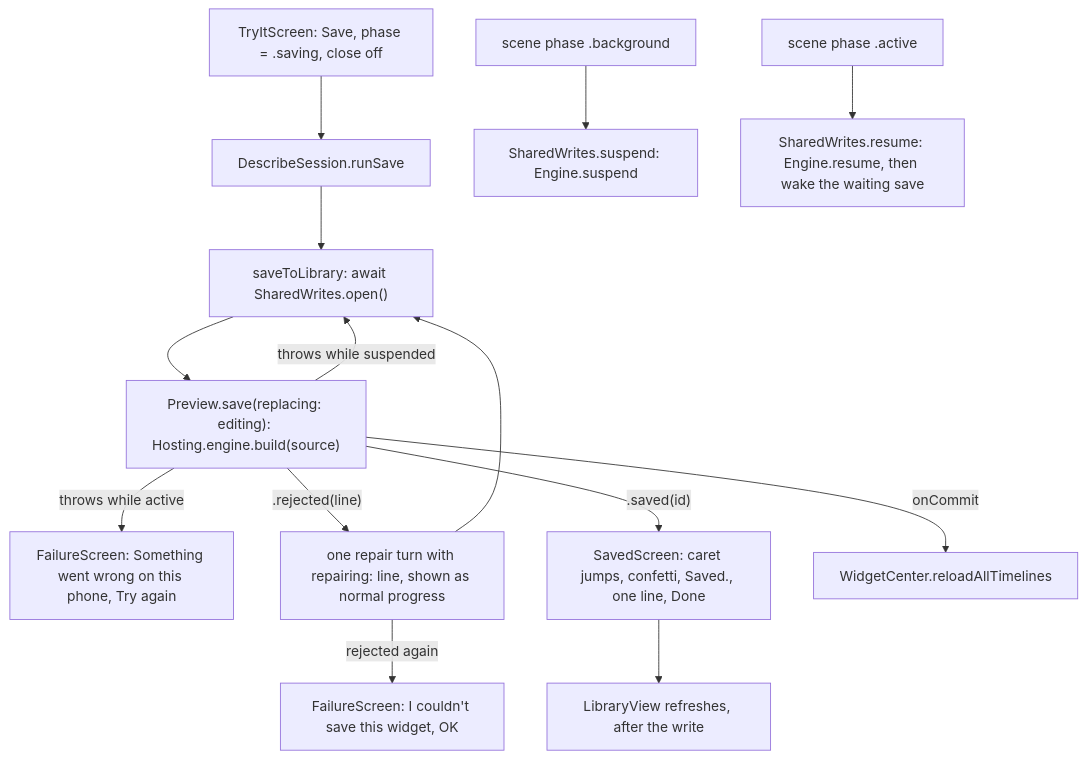
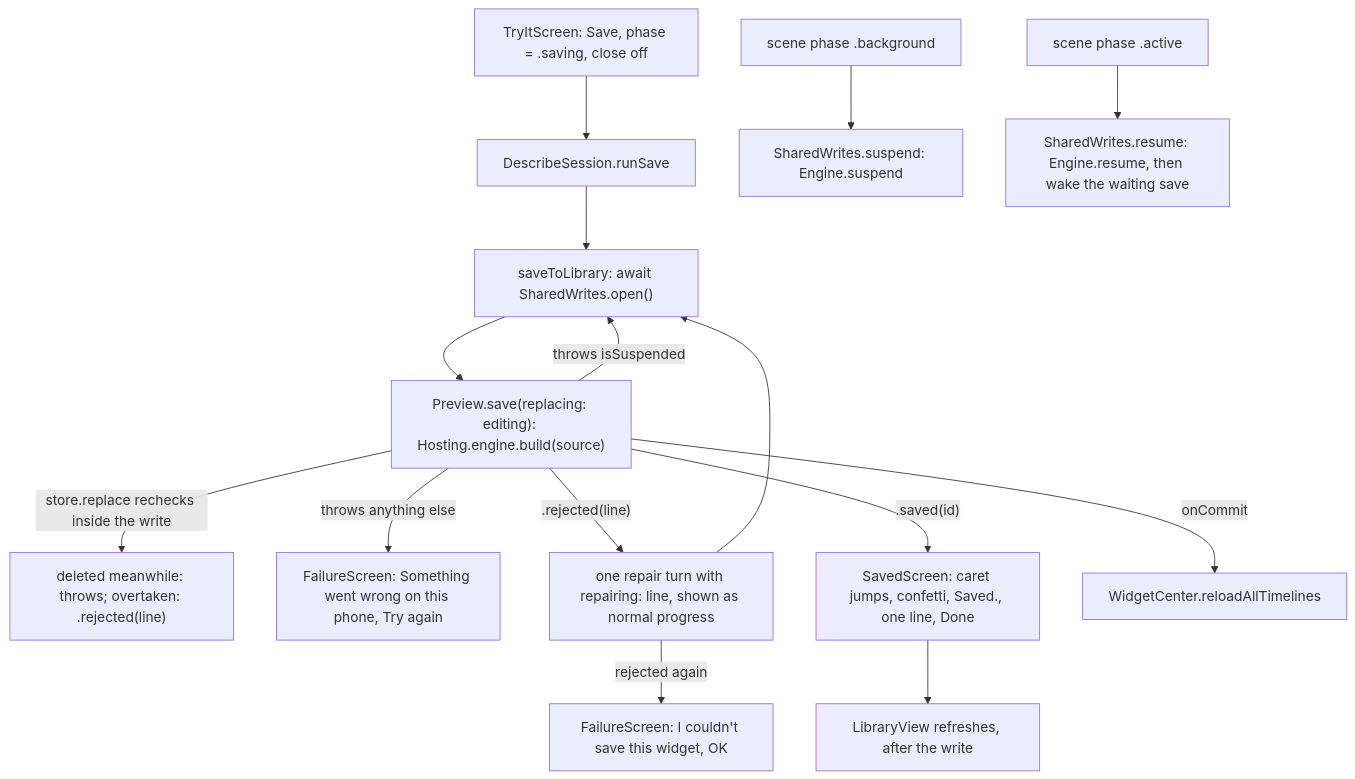
One commit to Krutik460/Widgie changed the second of 3 diagrams in docs/pr/8-phase-2-p5-describe.md. Above: the diagram before and after it, drawn with Mermaid. The commit also changed other lines of this file, not shown here.

````diff
--- a/docs/pr/8-phase-2-p5-describe.md
+++ b/docs/pr/8-phase-2-p5-describe.md
@@ -50,15 +56,16 @@
 ```mermaid
 flowchart TD
   TI["TryItScreen: Save, phase = .saving, close off"] --> RS["DescribeSession.runSave"]
   RS --> SL["saveToLibrary: await SharedWrites.open()"]
   SL --> PS["Preview.save(replacing: editing): Hosting.engine.build(source)"]
-  PS -->|"throws while suspended"| SL
-  PS -->|"throws while active"| BR["FailureScreen: Something went wrong on this phone, Try again"]
+  PS -->|"store.replace rechecks inside the write"| RC["deleted meanwhile: throws; overtaken: .rejected(line)"]
+  PS -->|"throws isSuspended"| SL
+  PS -->|"throws anything else"| BR["FailureScreen: Something went wrong on this phone, Try again"]
   PS -->|".rejected(line)"| RP["one repair turn with repairing: line, shown as normal progress"] --> SL
   RP -->|"rejected again"| UN["FailureScreen: I couldn't save this widget, OK"]
   PS -->|".saved(id)"| SV["SavedScreen: caret jumps, confetti, Saved., one line, Done"]
   SV --> LB["LibraryView refreshes, after the write"]
   PS -->|"onCommit"| WK["WidgetCenter.reloadAllTimelines"]
   BG["scene phase .background"] --> SU["SharedWrites.suspend: Engine.suspend"]
   FG["scene phase .active"] --> RE["SharedWrites.resume: Engine.resume, then wake the waiting save"]
 ```
````
